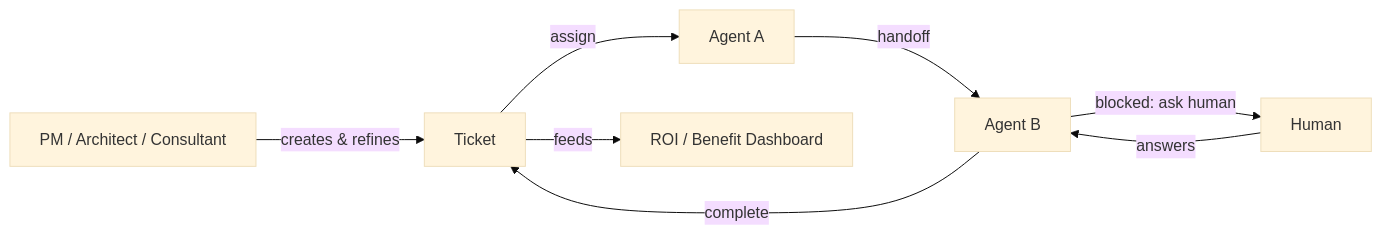
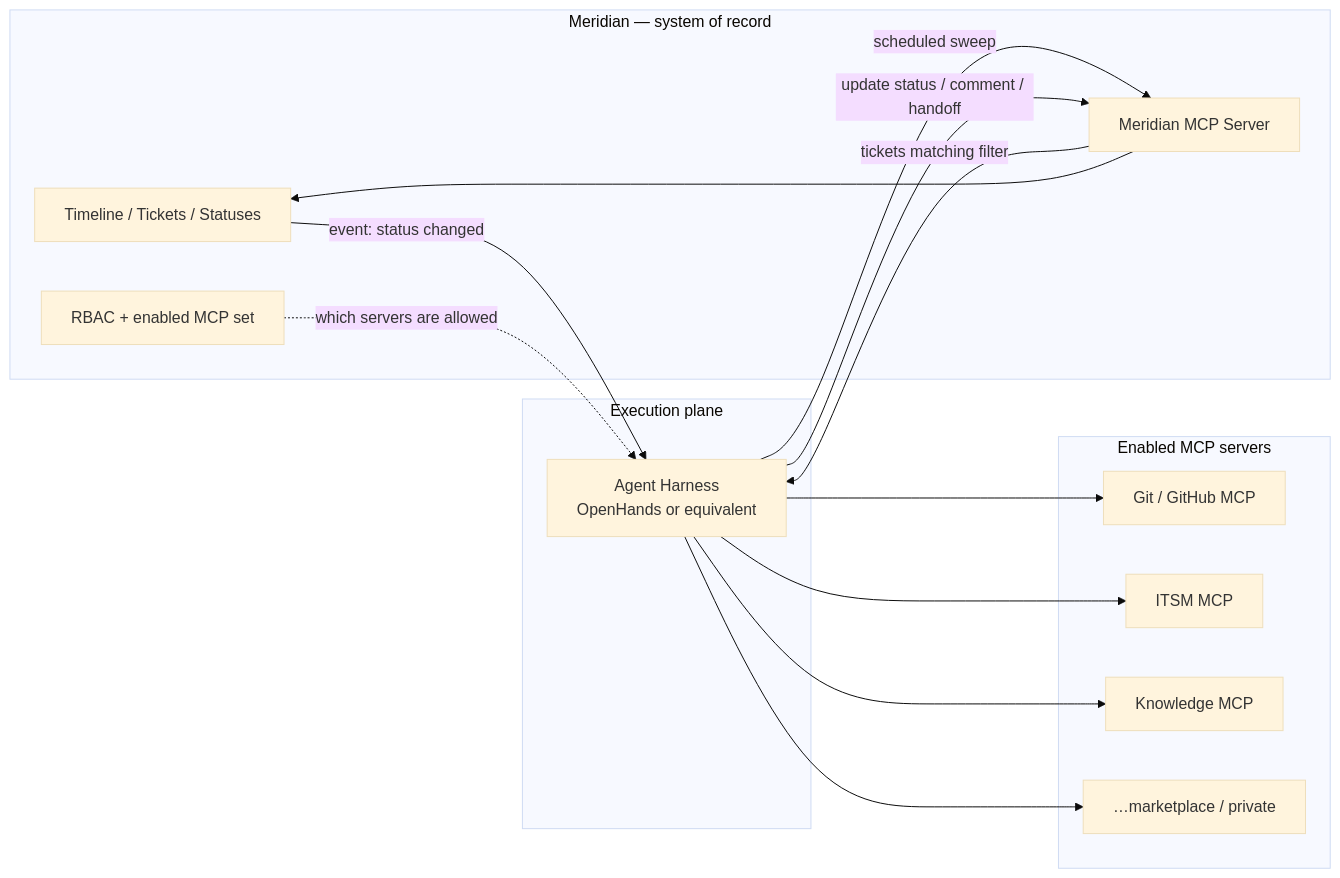
One commit to amishra213/AgentStudio changed the diagram in meridian/README.md. Above: the diagram before and after it, drawn with Mermaid (base theme). The commit also changed other lines of this file and 28 other files, not shown here.

````diff
--- a/meridian/README.md
+++ b/meridian/README.md
@@ -26,10 +32,27 @@
 ```mermaid
 flowchart LR
-    PM["PM / Architect / Consultant"] -->|creates & refines| T[Ticket]
-    T -->|assign| A1[Agent A]
-    A1 -->|handoff| A2[Agent B]
-    A2 -->|blocked: ask human| H[Human]
-    H -->|answers| A2
-    A2 -->|complete| T
-    T -->|feeds| ROI[ROI / Benefit Dashboard]
+    subgraph SoR["Meridian — system of record"]
+        TL[Timeline / Tickets / Statuses]
+        MSRV[Meridian MCP Server]
+        RBAC[RBAC + enabled MCP set]
+    end
+
+    subgraph Exec["Execution plane"]
+        H[Agent Harness<br/>OpenHands or equivalent]
+    end
+
+    subgraph Tools["Enabled MCP servers"]
+        M1[Git / GitHub MCP]
+        M2[ITSM MCP]
+        M3[Knowledge MCP]
+        M4[…marketplace / private]
+    end
+
+    TL -->|event: status changed| H
+    H -->|scheduled sweep| MSRV
+    MSRV -->|tickets matching filter| H
+    RBAC -.->|which servers are allowed| H
+    H --> M1 & M2 & M3 & M4
+    H -->|update status / comment / handoff| MSRV
+    MSRV --> TL
 ```
````
